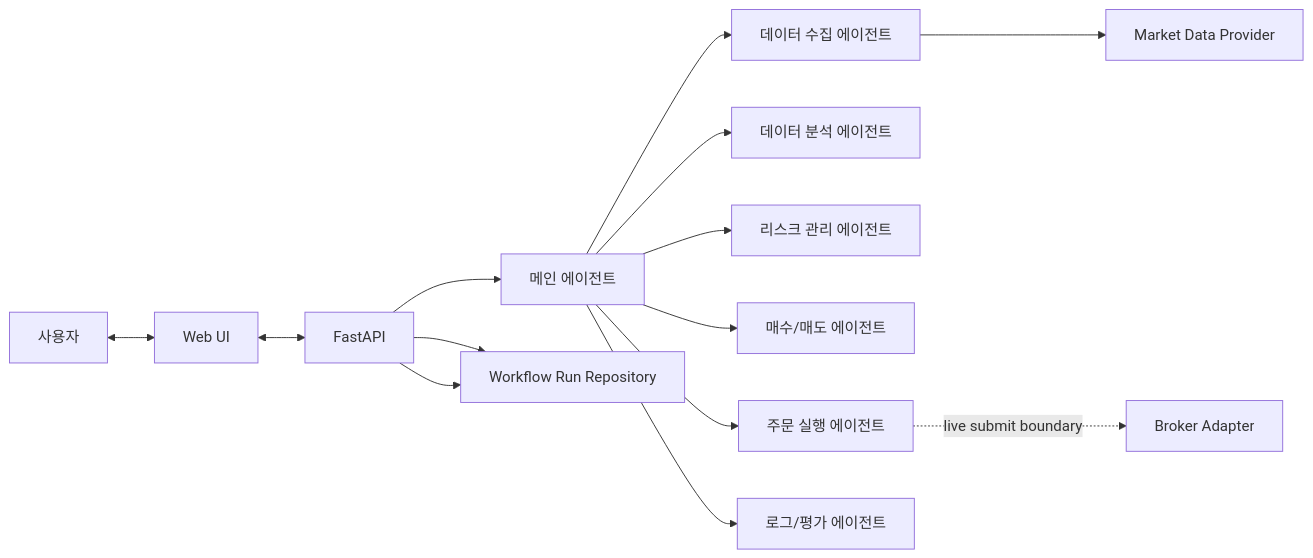
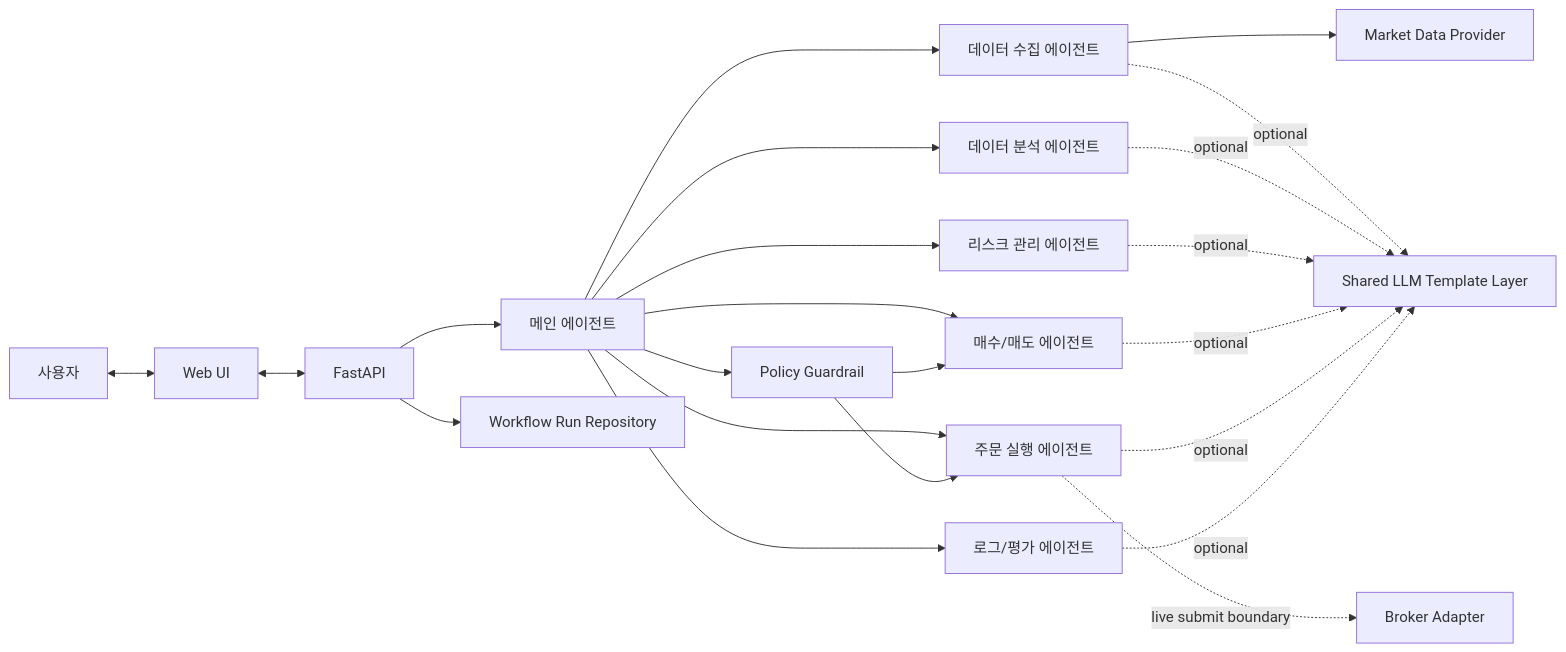
One commit to lukakas0213/agent-pay-for-urself changed the diagram in docs/architecture.md. Above: the diagram before and after it, drawn with Mermaid. The commit also changed other lines of this file and 57 other files, not shown here.

````diff
--- a/docs/architecture.md
+++ b/docs/architecture.md
@@ -18,34 +20,44 @@
 ```mermaid
 flowchart LR
     U[사용자]
     UI[Web UI]
     API[FastAPI]
     MA[메인 에이전트]
 
     DC[데이터 수집 에이전트]
     DA[데이터 분석 에이전트]
     RM[리스크 관리 에이전트]
     BS[매수/매도 에이전트]
     OE[주문 실행 에이전트]
     LE[로그/평가 에이전트]
 
+    LLM[Shared LLM Template Layer]
+    PG[Policy Guardrail]
     MDP[Market Data Provider]
     BA[Broker Adapter]
     WR[Workflow Run Repository]
 
     U <--> UI
     UI <--> API
     API --> MA
     API --> WR
 
     MA --> DC
     MA --> DA
     MA --> RM
     MA --> BS
     MA --> OE
     MA --> LE
 
     DC --> MDP
+    DC -. optional .-> LLM
+    DA -. optional .-> LLM
+    RM -. optional .-> LLM
+    BS -. optional .-> LLM
+    OE -. optional .-> LLM
+    LE -. optional .-> LLM
+    MA --> PG
+    PG --> BS
+    PG --> OE
     OE -. live submit boundary .-> BA
-    API --> WR
 ```
````
